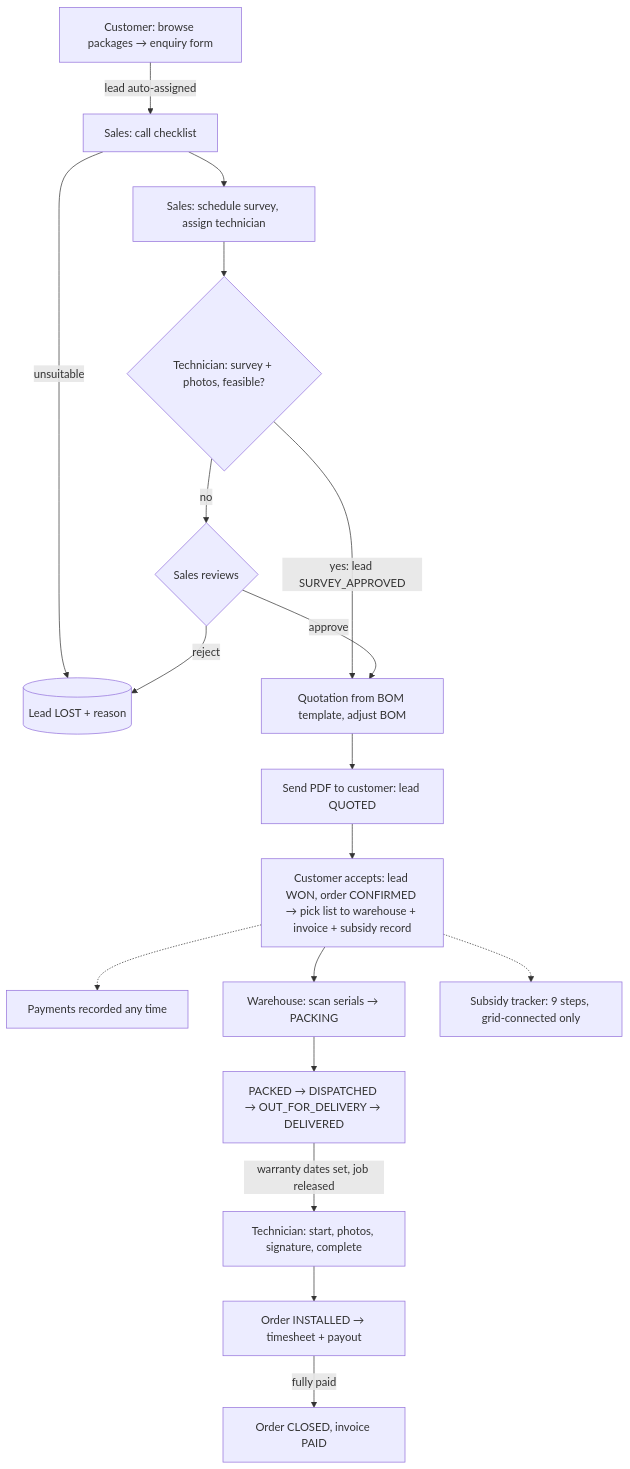
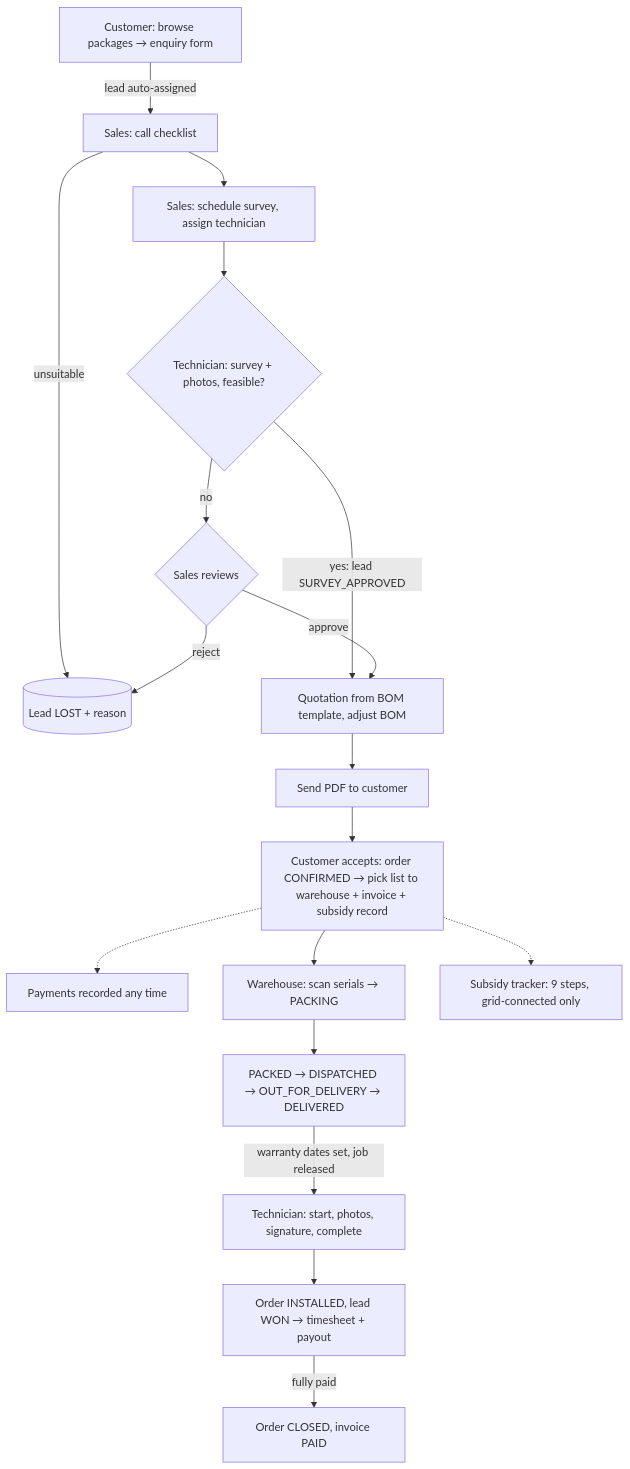
One commit to alifosaur/RoofRay changed the diagram in README.md. Above: the diagram before and after it, drawn with Mermaid. The commit also changed 7 other files, not shown here.

Commit message:
feat(crm): lead stays Survey Approved through quoting and delivery and becomes Won when installation is completed

````diff
--- a/README.md
+++ b/README.md
@@ -86,20 +86,20 @@
 ```mermaid
 flowchart TD
   C1[Customer: browse packages → enquiry form] -->|lead auto-assigned| S1[Sales: call checklist]
   S1 -->|unsuitable| LOST[(Lead LOST + reason)]
   S1 --> S2[Sales: schedule survey, assign technician]
   S2 --> T1{Technician: survey + photos, feasible?}
   T1 -->|yes: lead SURVEY_APPROVED| Q1[Quotation from BOM template, adjust BOM]
   T1 -->|no| S3{Sales reviews}
   S3 -->|reject| LOST
   S3 -->|approve| Q1
-  Q1 --> Q2[Send PDF to customer: lead QUOTED]
-  Q2 --> O1[Customer accepts: lead WON, order CONFIRMED → pick list to warehouse + invoice + subsidy record]
+  Q1 --> Q2[Send PDF to customer]
+  Q2 --> O1[Customer accepts: order CONFIRMED → pick list to warehouse + invoice + subsidy record]
   O1 -.-> P1[Payments recorded any time]
   O1 --> W1[Warehouse: scan serials → PACKING]
   W1 --> W2[PACKED → DISPATCHED → OUT_FOR_DELIVERY → DELIVERED]
   W2 -->|warranty dates set, job released| T2[Technician: start, photos, signature, complete]
-  T2 --> O2[Order INSTALLED → timesheet + payout]
+  T2 --> O2[Order INSTALLED, lead WON → timesheet + payout]
   O2 -->|fully paid| O3[Order CLOSED, invoice PAID]
   O1 -.-> SUB[Subsidy tracker: 9 steps, grid-connected only]
 ```
````
